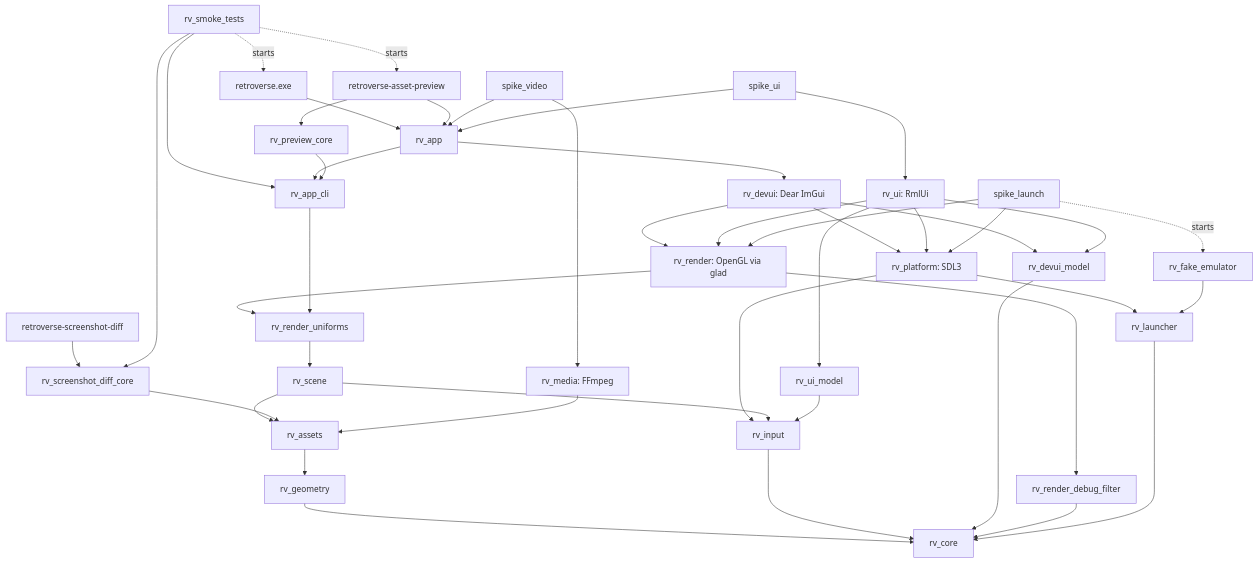
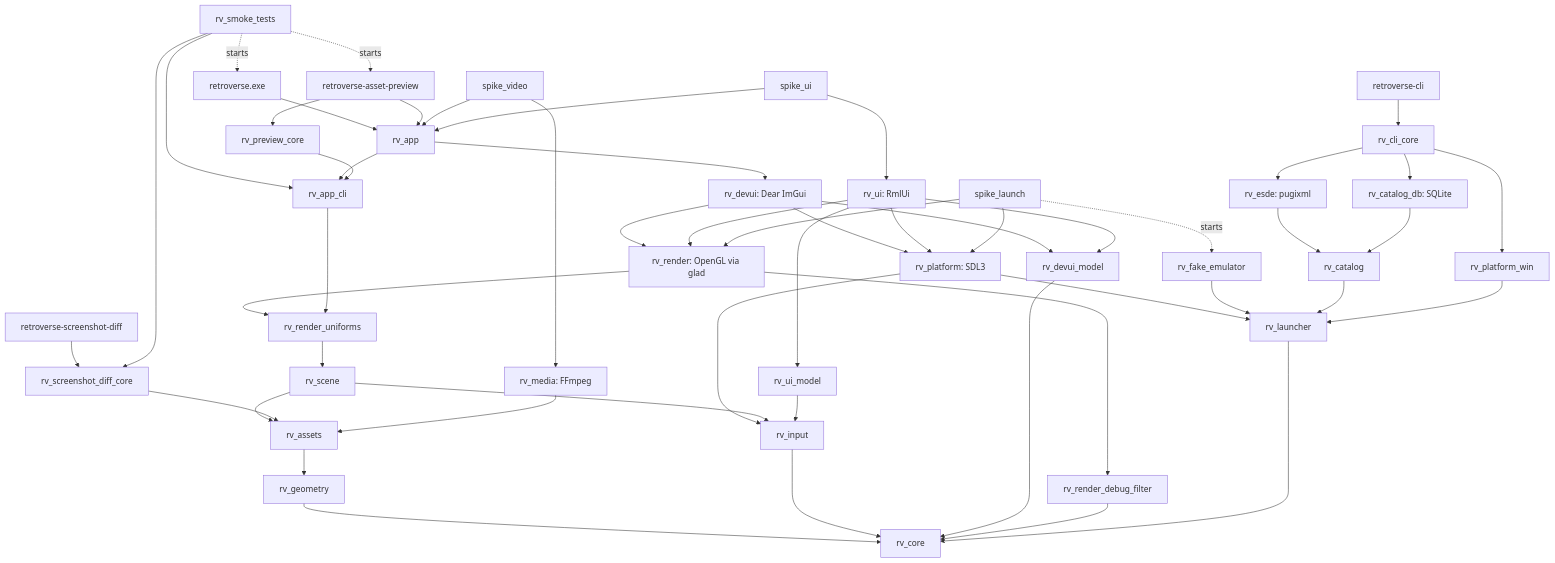
One commit to pingumen96/retroverse changed the diagram in docs/architecture.md. Above: the diagram before and after it, drawn with Mermaid. The commit also changed other lines of this file and 124 other files, not shown here.

First line of the commit message:
build: I2 step 0a, the catalog modules and retroverse-cli skeletons

````diff
--- a/docs/architecture.md
+++ b/docs/architecture.md
@@ -60,46 +69,54 @@
 ```mermaid
 flowchart TD
     retroverse[retroverse.exe] --> app[rv_app]
     preview[retroverse-asset-preview] --> app
     preview --> previewCore[rv_preview_core]
     diffTool[retroverse-screenshot-diff] --> diffCore[rv_screenshot_diff_core]
     smoke[rv_smoke_tests] -. starts .-> retroverse
     smoke -. starts .-> preview
     smoke --> diffCore
     smoke --> appCli
     app --> devui[rv_devui: Dear ImGui]
     app --> appCli[rv_app_cli]
     devui --> render[rv_render: OpenGL via glad]
     devui --> platform[rv_platform: SDL3]
     devui --> devuiModel[rv_devui_model]
     render --> uniforms[rv_render_uniforms]
     render --> debugFilter[rv_render_debug_filter]
     previewCore --> appCli
     appCli --> uniforms
     uniforms --> scene[rv_scene]
     platform --> input[rv_input]
     scene --> assets[rv_assets]
     scene --> input
     diffCore --> assets
     assets --> geometry[rv_geometry]
     geometry --> core[rv_core]
     input --> core
     devuiModel --> core
     debugFilter --> core
     spikeVideo[spike_video] --> app
     spikeVideo --> media[rv_media: FFmpeg]
     media --> assets
     spikeUi[spike_ui] --> ui[rv_ui: RmlUi]
     spikeUi --> app
     ui --> uiModel[rv_ui_model]
     ui --> render
     ui --> platform
     ui --> devuiModel
     uiModel --> input
     spikeLaunch[spike_launch] --> platform
     spikeLaunch --> render
     spikeLaunch -. starts .-> fakeEmulator[rv_fake_emulator]
     platform --> launcher[rv_launcher]
     fakeEmulator --> launcher
     launcher --> core
+    cli[retroverse-cli] --> cliCore[rv_cli_core]
+    cliCore --> esde[rv_esde: pugixml]
+    cliCore --> catalogDb[rv_catalog_db: SQLite]
+    cliCore --> platformWin[rv_platform_win]
+    esde --> catalog[rv_catalog]
+    catalogDb --> catalog
+    catalog --> launcher
+    platformWin --> launcher
 ```
````
